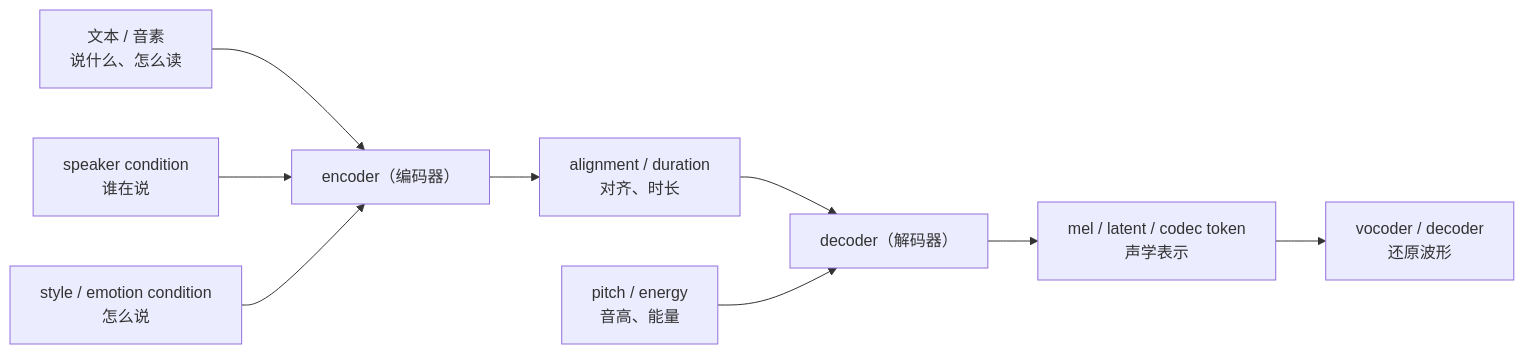
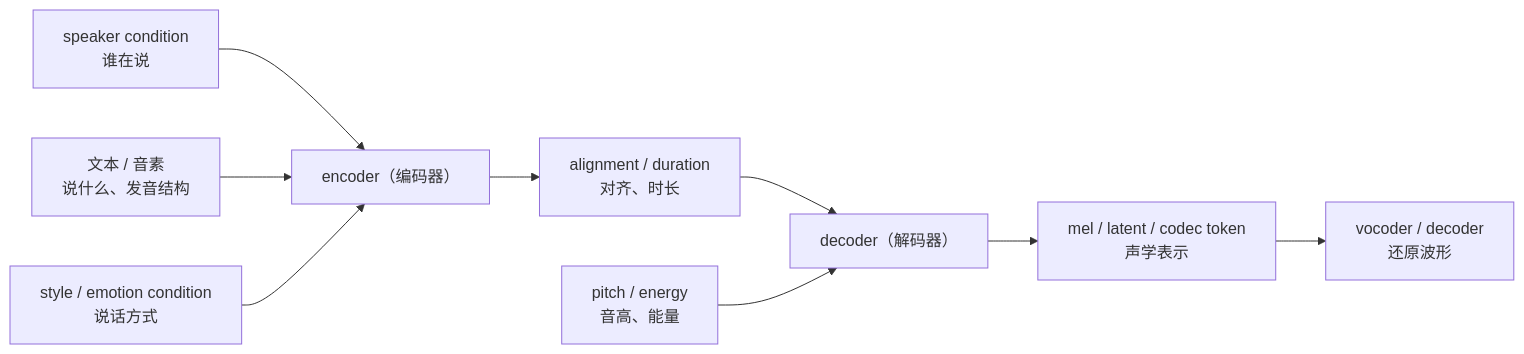
One commit to dugenkui03/OmniVoice changed the first of 7 diagrams in books/chapter08_声学模型.md. Above: the diagram before and after it, drawn with Mermaid. The commit also changed other lines of this file and 14 other files, not shown here.

````diff
--- a/books/chapter08_声学模型.md
+++ b/books/chapter08_声学模型.md
@@ -17,11 +17,11 @@
 ```mermaid
 flowchart LR
-    A["文本 / 音素<br/>说什么、怎么读"] --> B["encoder（编码器）"]
-    C["speaker condition<br/>谁在说"] --> B
-    D["style / emotion condition<br/>怎么说"] --> B
+    A["speaker condition<br/>谁在说"] --> B["encoder（编码器）"]
+    C["文本 / 音素<br/>说什么、发音结构"] --> B
+    D["style / emotion condition<br/>说话方式"] --> B
     B --> E["alignment / duration<br/>对齐、时长"]
     E --> F["decoder（解码器）"]
     G["pitch / energy<br/>音高、能量"] --> F
     F --> H["mel / latent / codec token<br/>声学表示"]
     H --> I["vocoder / decoder<br/>还原波形"]
 ```
````
